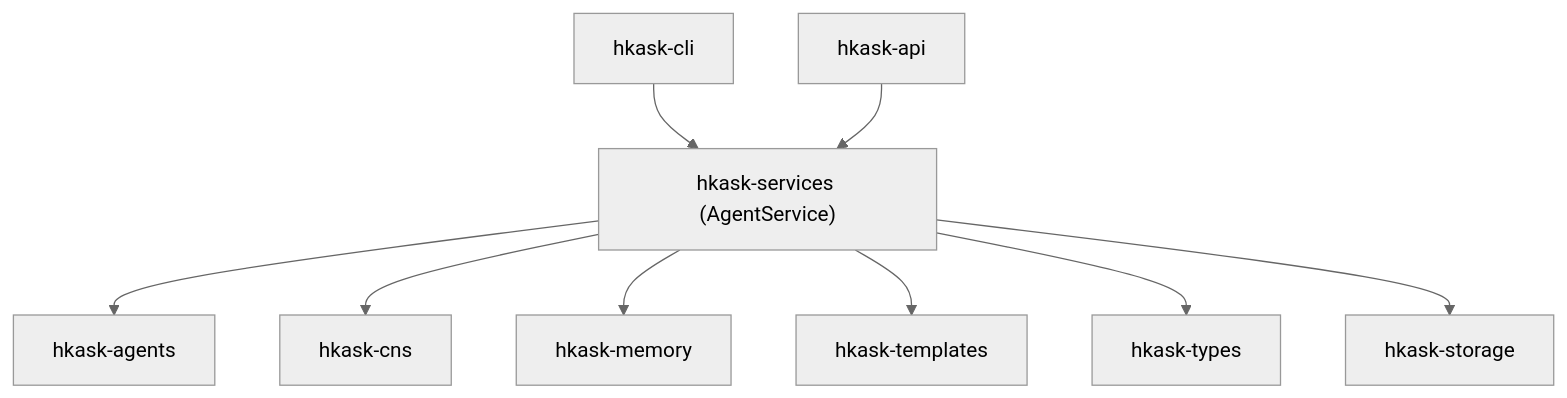
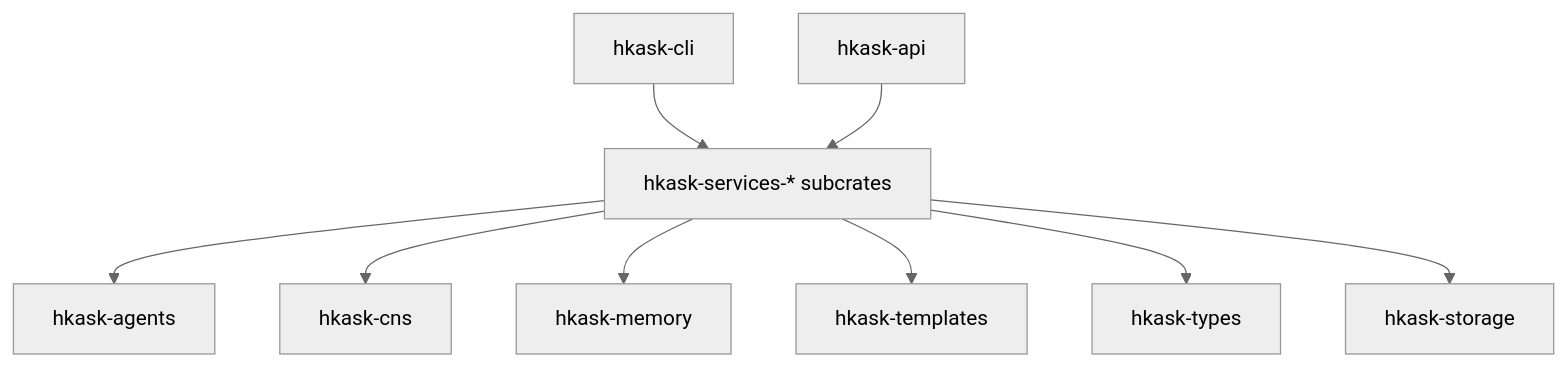
Before and after one commit to mdz-axo/hKask: the first of 14 diagrams in docs/architecture/core/FUNCTIONAL_SPECIFICATION.md, drawn with Mermaid (neutral theme). The commit also changed other lines of this file and 34 other files, not shown here.

````diff
--- a/docs/architecture/core/FUNCTIONAL_SPECIFICATION.md
+++ b/docs/architecture/core/FUNCTIONAL_SPECIFICATION.md
@@ -121,14 +121,14 @@
 ```mermaid
 graph TD
     CLI["hkask-cli"]
     API["hkask-api"]
-    SVC["hkask-services (AgentService)"]
+    SVC["hkask-services-* subcrates"]
     CLI --> SVC
     API --> SVC
     SVC --> AGENTS[hkask-agents]
     SVC --> CNS[hkask-cns]
     SVC --> MEM[hkask-memory]
     SVC --> TEMPLATES[hkask-templates]
     SVC --> TYPES[hkask-types]
     SVC --> STORAGE[hkask-storage]
 ```
````
